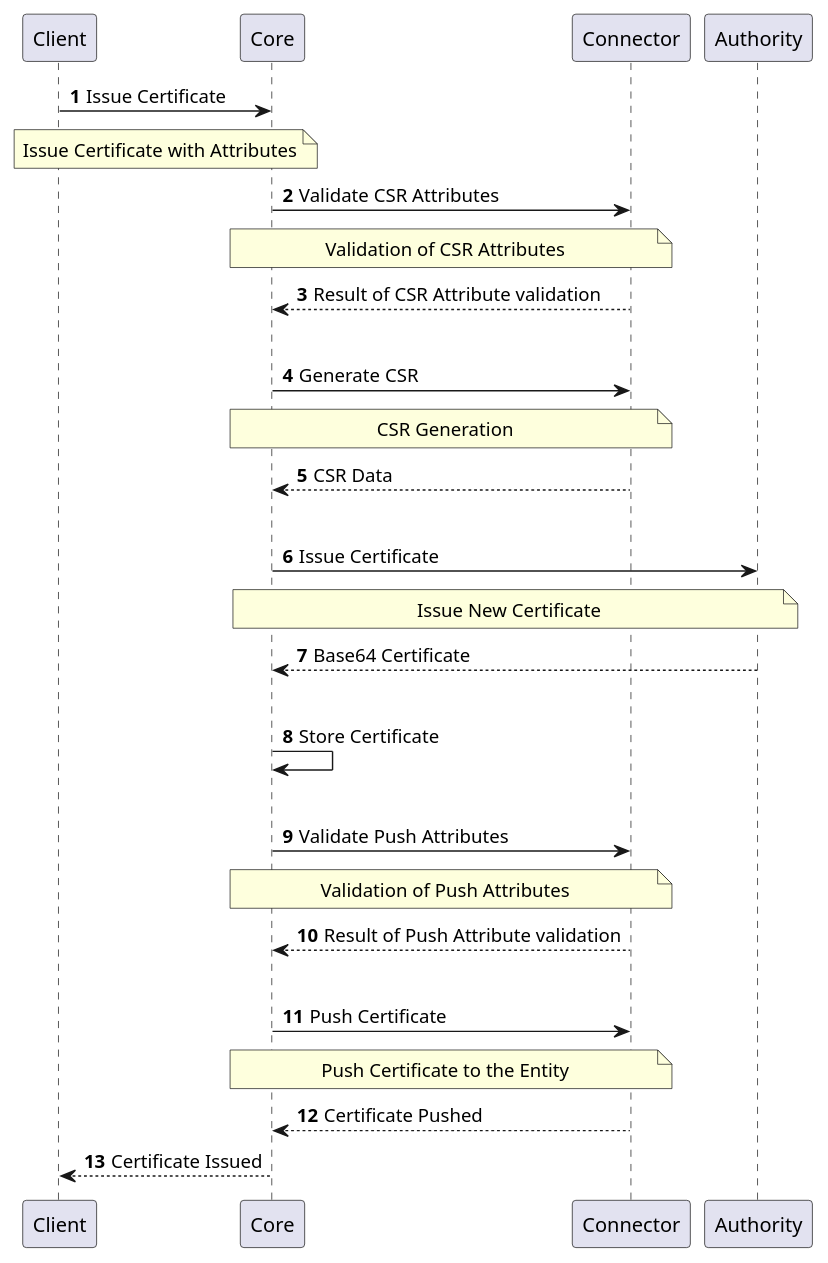
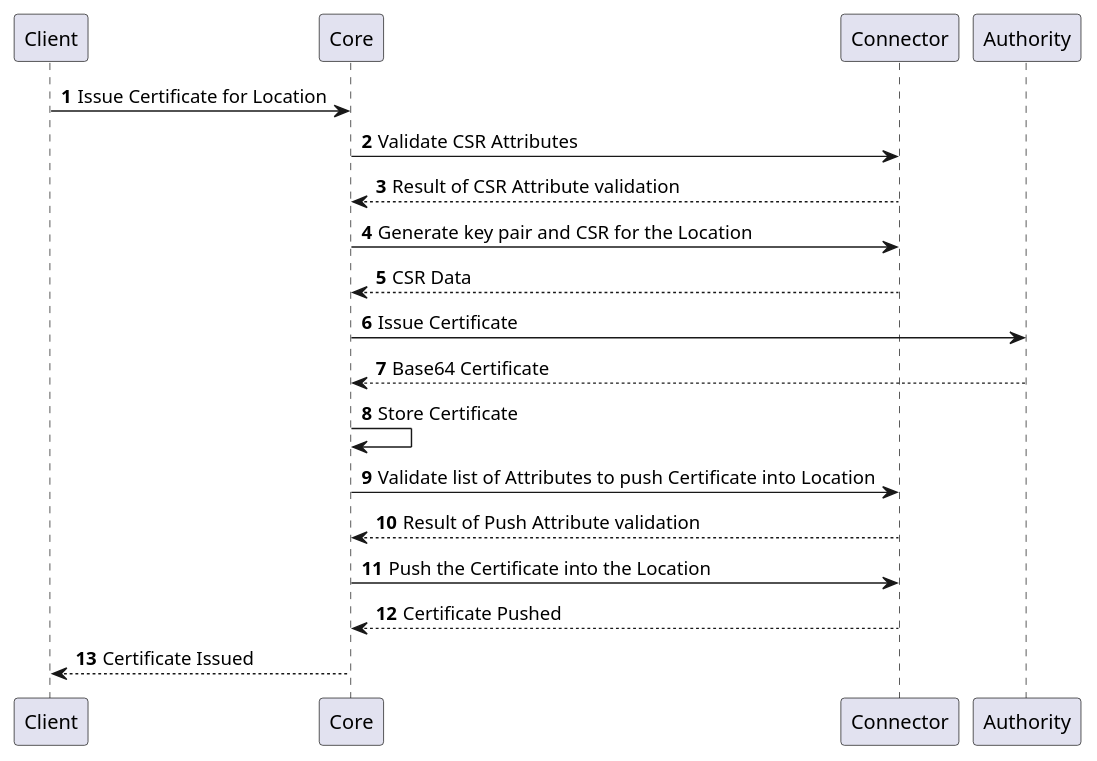
One commit to CZERTAINLY/CZERTAINLY-Documentation changed the tenth of 13 diagrams in docs/12-connectors/05-description/32-entity-provider.md. Above: the diagram before and after it, drawn with PlantUML. The commit also changed other lines of this file and 8 other files, not shown here.

First line of the commit message:
Update description of plantuml diagrams on the providers

````diff
--- a/docs/12-connectors/05-description/32-entity-provider.md
+++ b/docs/12-connectors/05-description/32-entity-provider.md
@@ -221,30 +176,19 @@
 ```plantuml
     @startuml
     autonumber
     skinparam topurl https://docs.czertainly.com/api/
-        Client -> Core [[core-location/#tag/Location-Management-API/operation/issueCertificate]]: Issue Certificate
-        note over Client,Core: Issue Certificate with Attributes
+        Client -> Core [[core-location/#tag/Location-Management-API/operation/issueCertificate]]: Issue Certificate for Location
         Core -> Connector [[connector-entity-provider/#tag/Location-Operations-API/operation/validateGenerateCsrAttributes]]: Validate CSR Attributes
-        note over Core,Connector: Validation of CSR Attributes
         Connector --> Core: Result of CSR Attribute validation
-        |||
-        Core -> Connector [[connector-entity-provider/#tag/Location-Operations-API/operation/generateCsrLocation]]: Generate CSR
-        note over Core,Connector: CSR Generation
+        Core -> Connector [[connector-entity-provider/#tag/Location-Operations-API/operation/generateCsrLocation]]: Generate key pair and CSR for the Location
         Connector --> Core: CSR Data
-        |||
         Core -> Authority [[connector-authority-provider-v2/#tag/Certificate-Management-API/operation/issueCertificate]]: Issue Certificate
-        note over Core,Authority: Issue New Certificate
         Authority --> Core: Base64 Certificate
-        |||
         Core -> Core: Store Certificate
-        |||
-        Core -> Connector [[connector-entity-provider/#tag/Location-Operations-API/operation/validatePushCertificateAttributes]]: Validate Push Attributes
-        note over Core,Connector: Validation of Push Attributes
+        Core -> Connector [[connector-entity-provider/#tag/Location-Operations-API/operation/validatePushCertificateAttributes]]: Validate list of Attributes to push Certificate into Location
         Connector --> Core: Result of Push Attribute validation
-        |||
-        Core -> Connector [[connector-entity-provider/#tag/Location-Operations-API/operation/pushCertificateToLocation]]: Push Certificate
-        note over Core,Connector: Push Certificate to the Entity
+        Core -> Connector [[connector-entity-provider/#tag/Location-Operations-API/operation/pushCertificateToLocation]]: Push the Certificate into the Location
         Connector --> Core: Certificate Pushed
         Core --> Client: Certificate Issued
     @enduml
 ```
````
